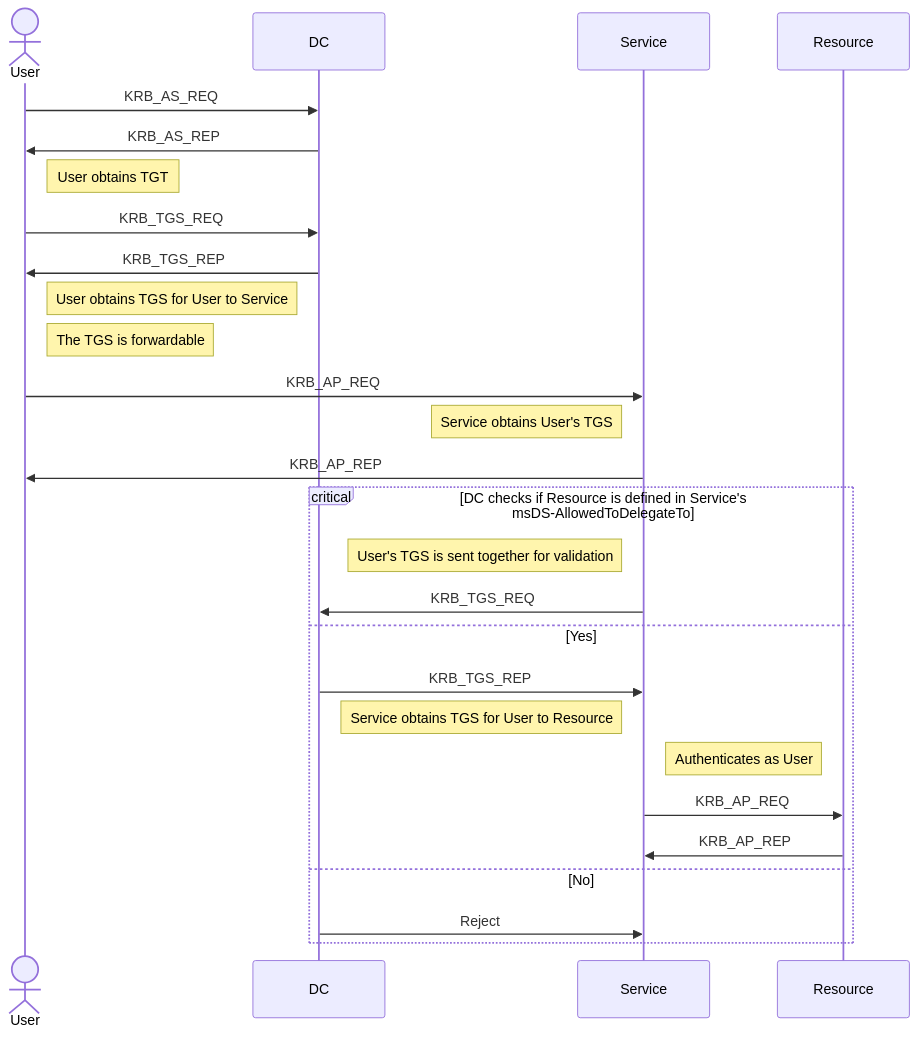
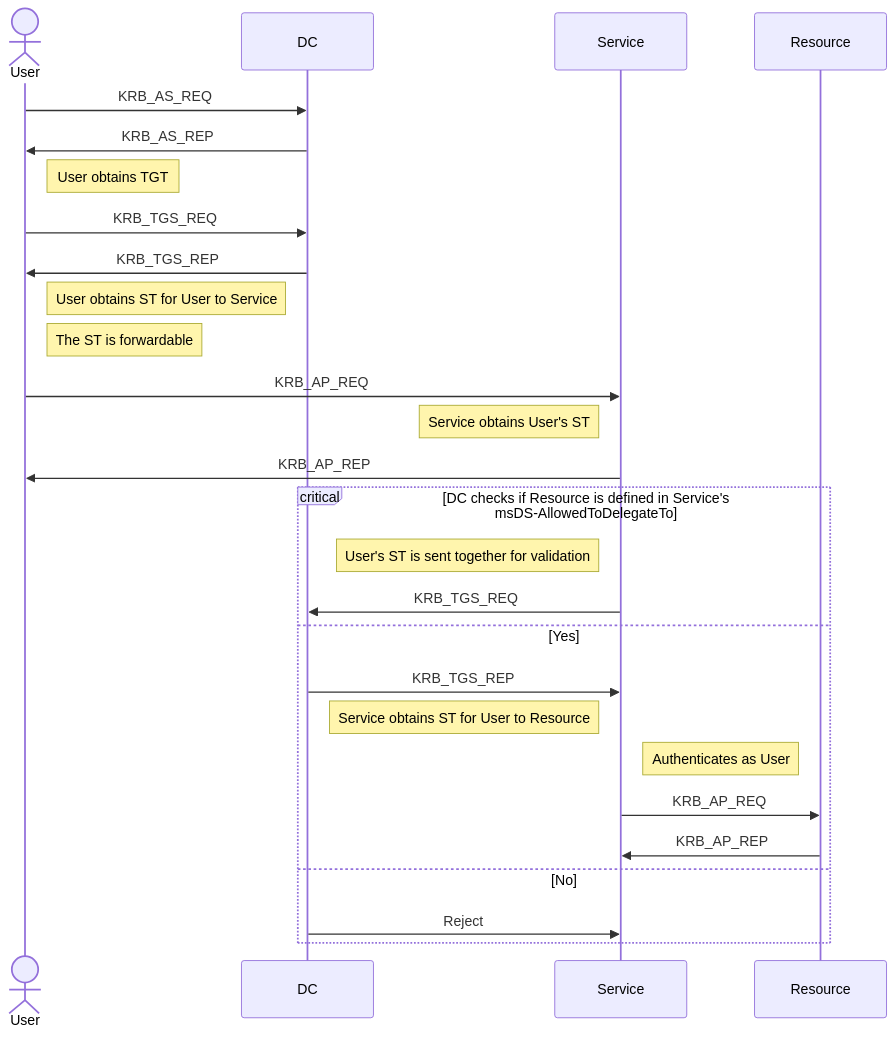
The diagram in notes/active-directory/delegations/constrained-delegation.mmd (d0ublew/blog), drawn with Mermaid before and after one commit. The commit also changed 5 other files, not shown here.

Commit message:
chore: replace TGS to ST (Service Ticket)

```diff
--- a/notes/active-directory/delegations/constrained-delegation.mmd
+++ b/notes/active-directory/delegations/constrained-delegation.mmd
@@ -1,31 +1,31 @@
 %% Constrained Delegation
 sequenceDiagram
 
 actor User
 
 User->>DC: KRB_AS_REQ
 DC->>User: KRB_AS_REP
 Note right of User: User obtains TGT
 User->>DC: KRB_TGS_REQ
 DC->>User: KRB_TGS_REP
-Note right of User: User obtains TGS for User to Service
-Note right of User: The TGS is forwardable
+Note right of User: User obtains ST for User to Service
+Note right of User: The ST is forwardable
 
 User->>Service: KRB_AP_REQ
-Note left of Service: Service obtains User's TGS
+Note left of Service: Service obtains User's ST
 Service->>User: KRB_AP_REP
 
 critical DC checks if Resource is defined in Service's msDS-AllowedToDelegateTo
-Note left of Service: User's TGS is sent together for validation
+Note left of Service: User's ST is sent together for validation
 Service->>DC: KRB_TGS_REQ
 option Yes
 DC->>Service: KRB_TGS_REP
-Note left of Service: Service obtains TGS for User to Resource
+Note left of Service: Service obtains ST for User to Resource
 
 Note right of Service: Authenticates as User
 Service->>Resource: KRB_AP_REQ
 Resource->>Service: KRB_AP_REP
 
 option No
 DC->>Service: Reject
 end
```
